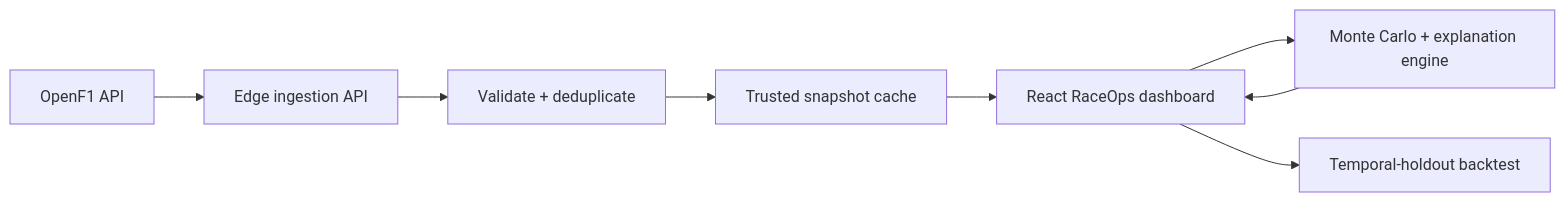
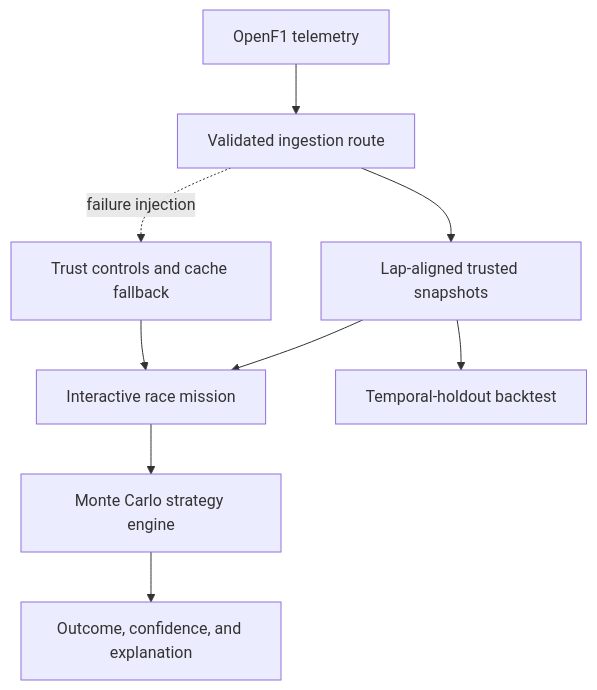
The diagram in README.md (arisharazakhan-cpu/pitwall-race-strategy-simulator), drawn with Mermaid before and after one commit. The commit also changed other lines of this file and 90 other files, not shown here.

````diff
--- a/README.md
+++ b/README.md
@@ -48,10 +43,11 @@
 ```mermaid
-flowchart LR
-    OF1[OpenF1 API] --> EDGE[Edge ingestion API]
-    EDGE --> VALIDATE[Validate + deduplicate]
-    VALIDATE --> CACHE[Trusted snapshot cache]
-    CACHE --> UI[React RaceOps dashboard]
-    UI --> SIM[Monte Carlo + explanation engine]
-    SIM --> UI
-    UI --> BT[Temporal-holdout backtest]
+flowchart TD
+    OF1[OpenF1 telemetry] --> API[Validated ingestion route]
+    API --> SNAP[Lap-aligned trusted snapshots]
+    SNAP --> GAME[Interactive race mission]
+    SNAP --> BACK[Temporal-holdout backtest]
+    GAME --> SIM[Monte Carlo strategy engine]
+    SIM --> SCORE[Outcome, confidence, and explanation]
+    API -. failure injection .-> TRUST[Trust controls and cache fallback]
+    TRUST --> GAME
 ```
````
